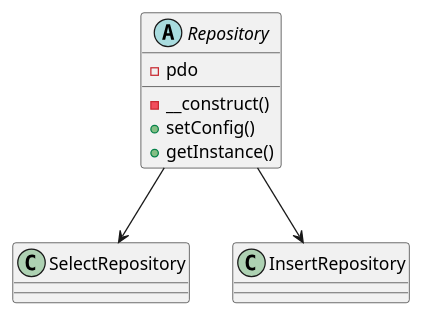
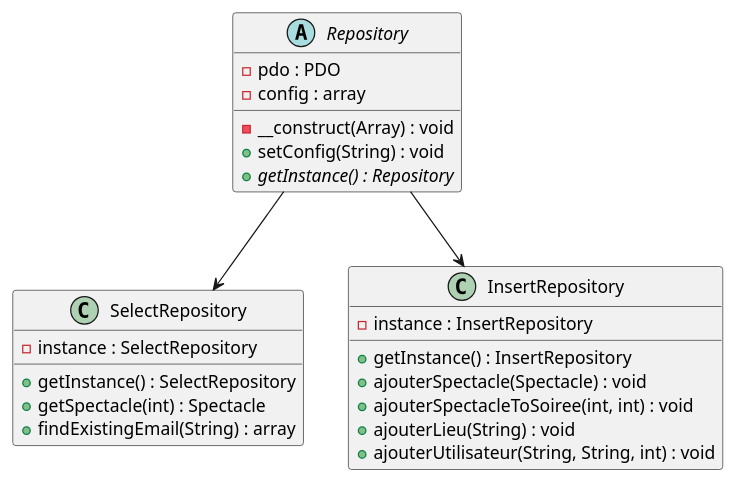
Before and after one commit to Kuuro57/SAE_Dev_Web: the diagram in documents/diagrammes/diagClasses.puml, drawn with PlantUML.

Commit message:
Repository ajoutés au diagramme

```diff
--- a/documents/diagrammes/diagClasses.puml
+++ b/documents/diagrammes/diagClasses.puml
@@ -1,21 +1,31 @@
 @startuml
 
 abstract class Repository {
-    - pdo
-    - __construct()
-    + setConfig()
-    + getInstance()
+    - pdo : PDO
+    - config : array
+    - __construct(Array) : void
+    + setConfig(String) : void
+    + <i>getInstance() : Repository
 }
 
 class SelectRepository {
-    
+    - instance : SelectRepository
+    + getInstance() : SelectRepository
+    + getSpectacle(int) : Spectacle
+    + findExistingEmail(String) : array
 }
 
 class InsertRepository {
+    - instance : InsertRepository
+    + getInstance() : InsertRepository
+    + ajouterSpectacle(Spectacle) : void
+    + ajouterSpectacleToSoiree(int, int) : void
+    + ajouterLieu(String) : void
+    + ajouterUtilisateur(String, String, int) : void
 
 }
 
 Repository --> SelectRepository
 Repository --> InsertRepository
 
 @enduml
```
